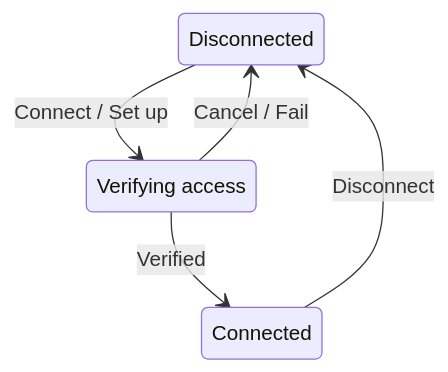
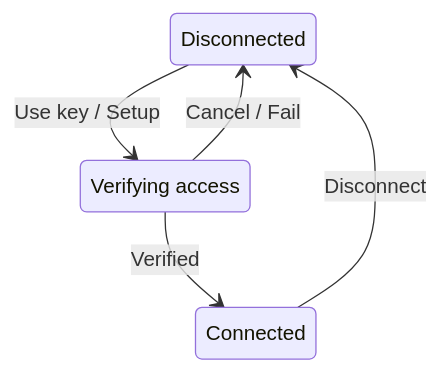
One commit to lambdasistemi/fido2box changed the diagram in docs/diagrams/state-github.mmd. Above: the diagram before and after it, drawn with Mermaid. The commit also changed 16 other files, not shown here.

```diff
--- a/docs/diagrams/state-github.mmd
+++ b/docs/diagrams/state-github.mmd
@@ -1,9 +1,9 @@
 stateDiagram-v2
     direction TB
     state "Disconnected" as Off
     state "Verifying access" as Busy
     state "Connected" as On
-    Off --> Busy: Connect / Set up
+    Off --> Busy: Use key / Setup
     Busy --> On: Verified
     Busy --> Off: Cancel / Fail
     On --> Off: Disconnect
```
